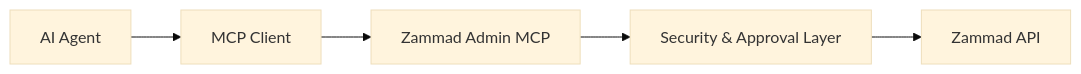
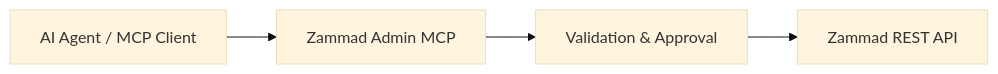
One commit to CyberG3niusIT/Zammad-Admin-MCP changed the diagram in README.md. Above: the diagram before and after it, drawn with Mermaid (base theme). The commit also changed other lines of this file, not shown here.

````diff
--- a/README.md
+++ b/README.md
@@ -75,14 +69,12 @@
 ```mermaid
 flowchart LR
 
-A[AI Agent]
-B[MCP Client]
-C[Zammad Admin MCP]
-D[Security & Approval Layer]
-E[Zammad API]
+A[AI Agent / MCP Client]
+B[Zammad Admin MCP]
+C[Validation & Approval]
+D[Zammad REST API]
 
 A --> B
 B --> C
 C --> D
-D --> E
 ```
````
